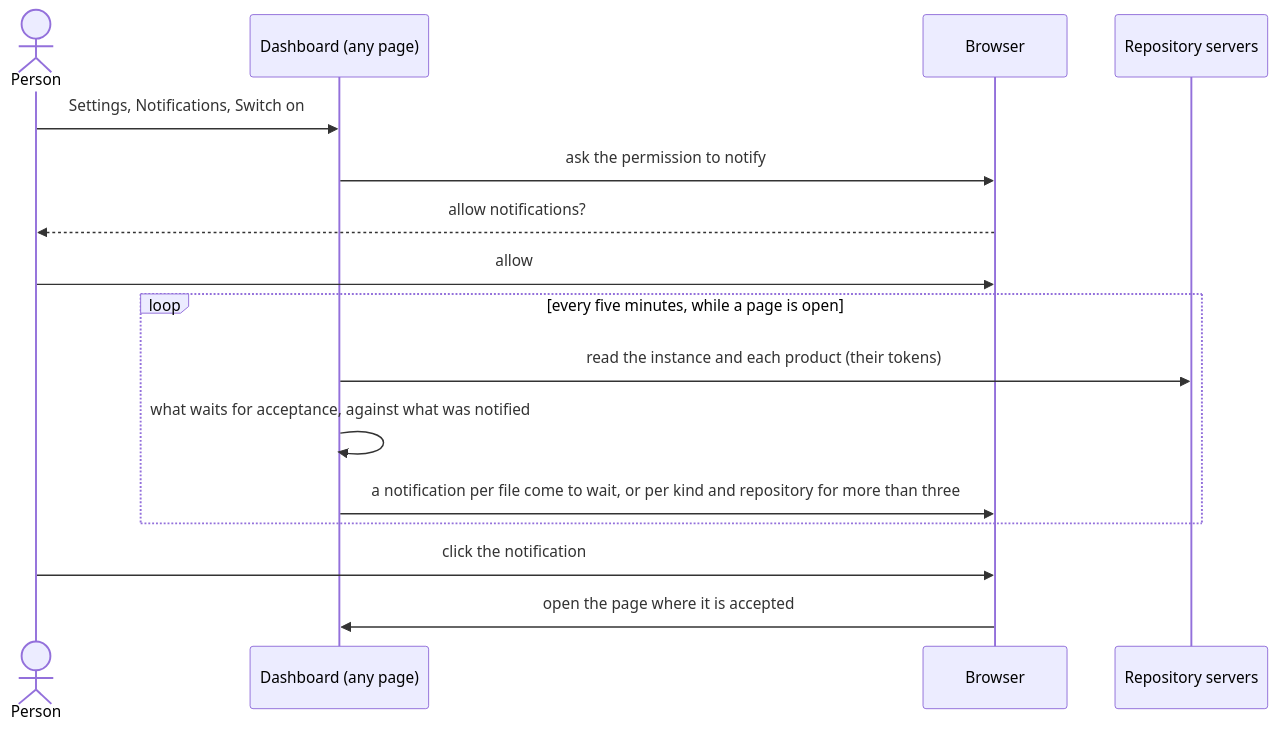
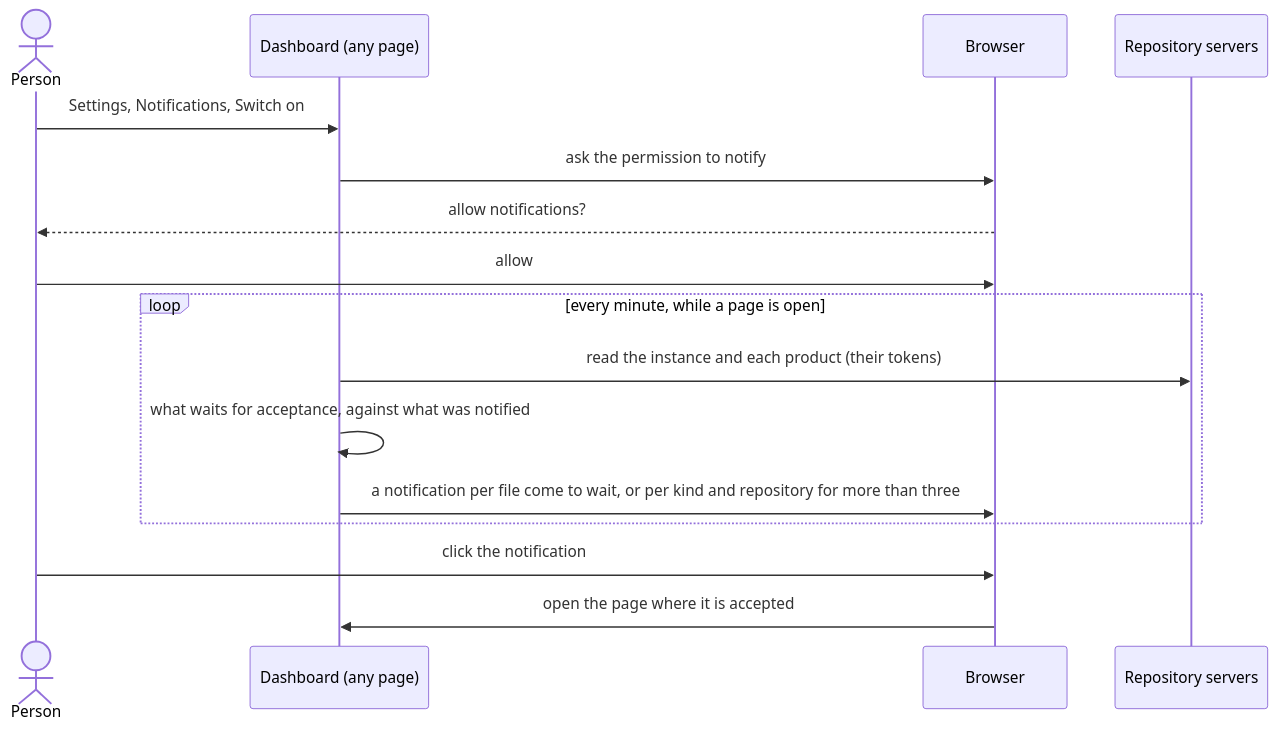
One commit to akmaier/agent-m changed the diagram in docs/use-cases/UC-047-be-told-what-waits-for-your-acceptance.md. Above: the diagram before and after it, drawn with Mermaid. The commit also changed 1 other file, not shown here.

Commit message:
DRAFT for akmaier's acceptance: notifications are checked every minute instead of every five
akmaier: 'notifications for module changes by the browser arrive very late. Can we
increase the pace of checking a little?' UC-047's loop and MOD-notifications'
check go from every five minutes to every minute (the page looks every fifteen
seconds whether this browser's last check is a minute old).

Claude-Session: https://claude.ai/code/session_01JQwoLq2t4fEqZGTjzSNa18

````diff
--- a/docs/use-cases/UC-047-be-told-what-waits-for-your-acceptance.md
+++ b/docs/use-cases/UC-047-be-told-what-waits-for-your-acceptance.md
@@ -61,18 +61,18 @@
 ```mermaid
 sequenceDiagram
     actor P as Person
     participant D as Dashboard (any page)
     participant B as Browser
     participant S as Repository servers
     P->>D: Settings, Notifications, Switch on
     D->>B: ask the permission to notify
     B-->>P: allow notifications?
     P->>B: allow
-    loop every five minutes, while a page is open
+    loop every minute, while a page is open
         D->>S: read the instance and each product (their tokens)
         D->>D: what waits for acceptance, against what was notified
         D->>B: a notification per file come to wait, or per kind and repository for more than three
     end
     P->>B: click the notification
     B->>D: open the page where it is accepted
 ```
````
